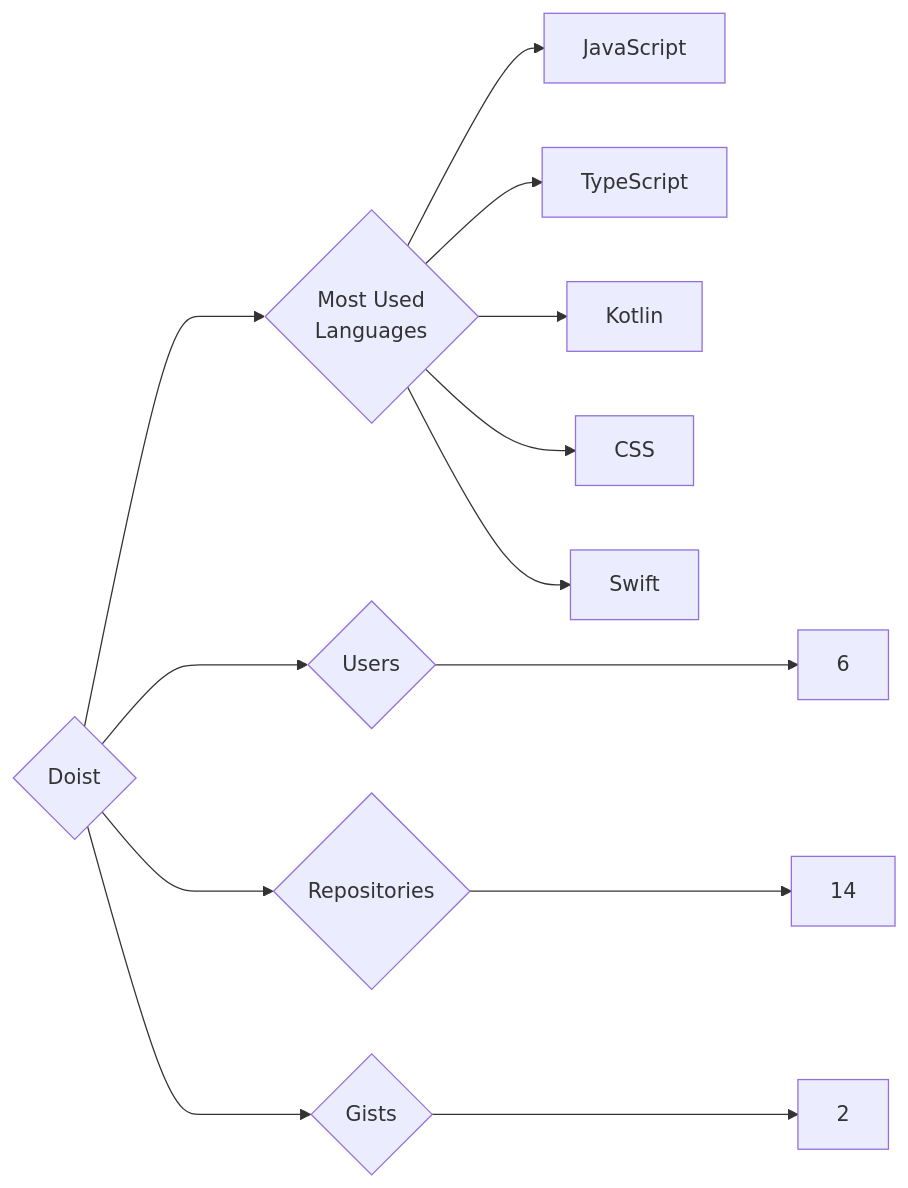
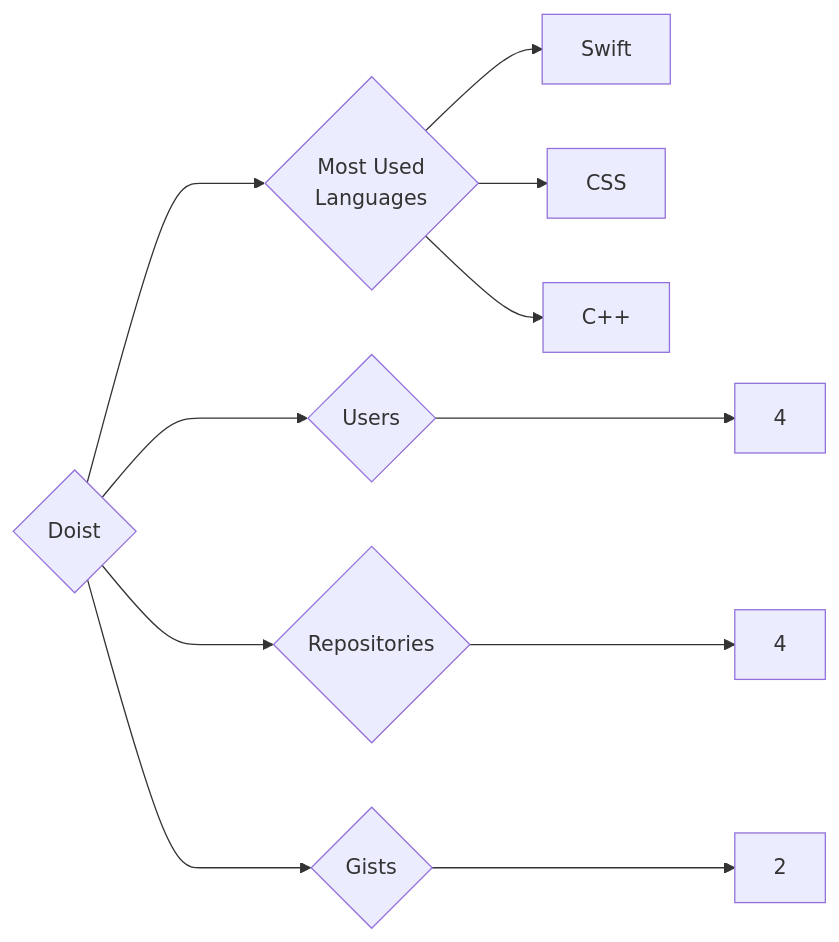
One commit to trickest/insiders changed the diagram in targets/Doist/README.md. Above: the diagram before and after it, drawn with Mermaid. The commit also changed 865 other files, not shown here.

````diff
--- a/targets/Doist/README.md
+++ b/targets/Doist/README.md
@@ -3,13 +3,11 @@
 ```mermaid
 graph LR
 COMPANY_NAME{Doist}
-COMPANY_NAME ---> U{Users} ---> UN[6]
-COMPANY_NAME ---> R{Repositories} ---> RN[14]
+COMPANY_NAME ---> U{Users} ---> UN[4]
+COMPANY_NAME ---> R{Repositories} ---> RN[4]
 COMPANY_NAME ---> G{Gists} ---> GN[2]
 COMPANY_NAME ---> ML{Most Used<br>Languages}
-ML --> JavaScript[JavaScript]
-ML --> TypeScript[TypeScript]
-ML --> Kotlin[Kotlin]
+ML --> Swift[Swift]
 ML --> CSS[CSS]
-ML --> Swift[Swift]
+ML --> C++[C++]
 ```
````
